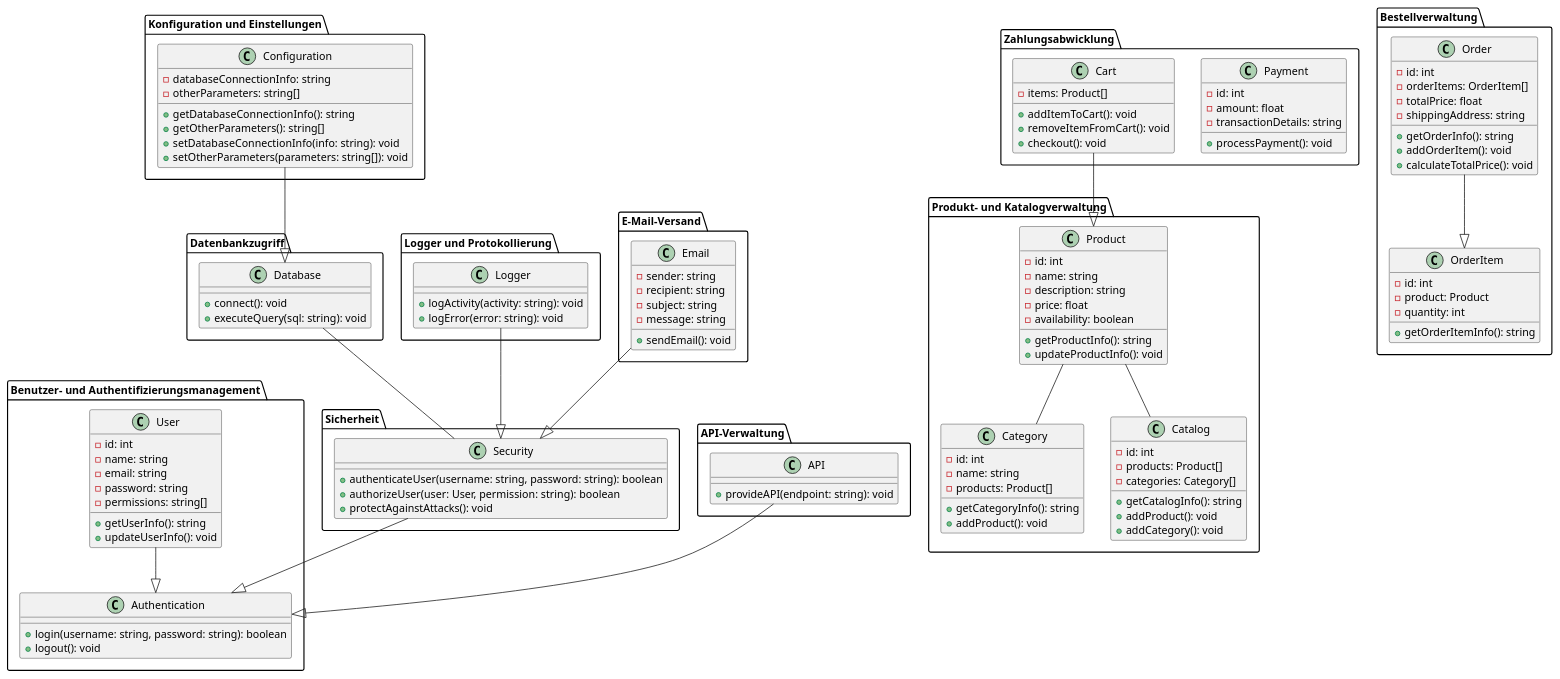
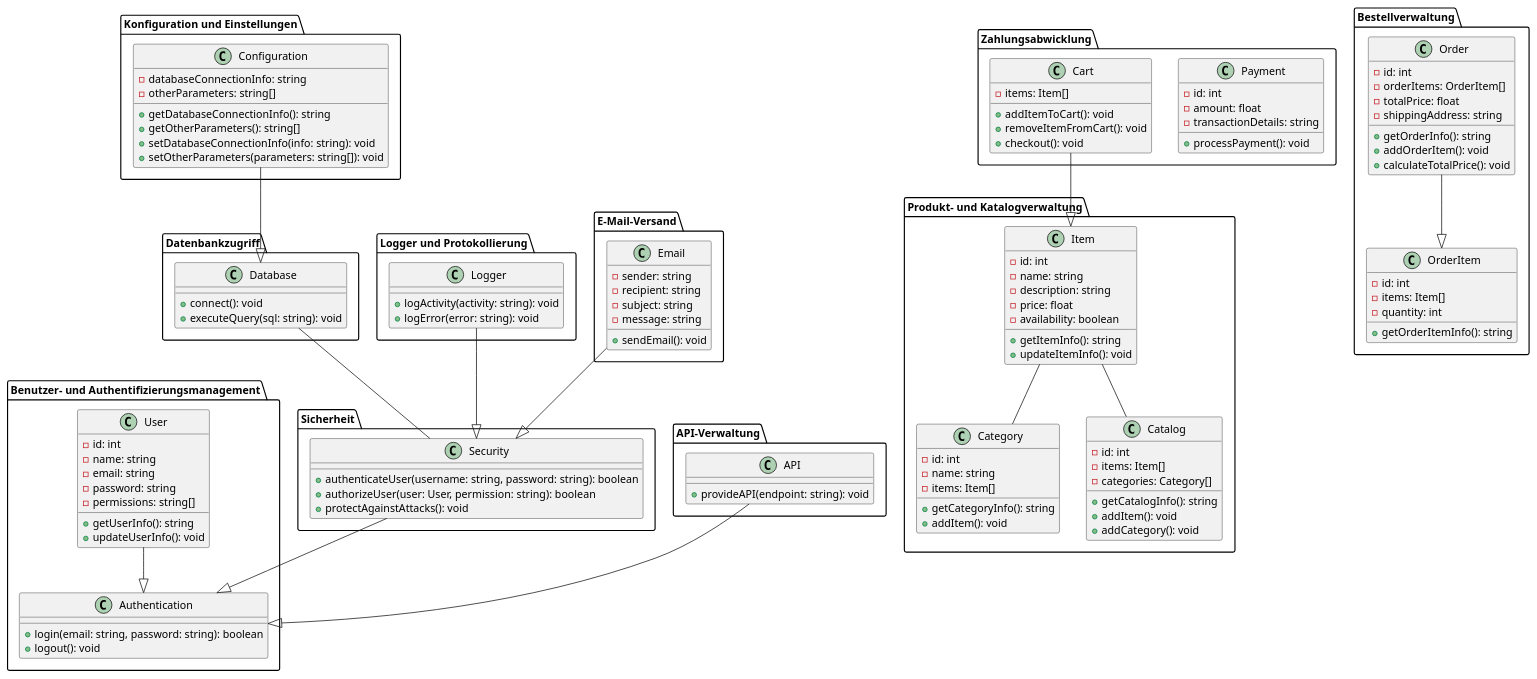
Before and after one commit to mischas114/e-commerce-backend: the diagram in .extras/doc/entwicklerhandbuch/Hauptkomponenten.pu, drawn with PlantUML. The commit also changed 12 other files, not shown here.

```diff
--- a/.extras/doc/entwicklerhandbuch/Hauptkomponenten.pu
+++ b/.extras/doc/entwicklerhandbuch/Hauptkomponenten.pu
@@ -1,140 +1,142 @@
 @startuml Hauptkomponenten
 
 package "Benutzer- und Authentifizierungsmanagement" {
   class User {
     -id: int
     -name: string
     -email: string
     -password: string
     -permissions: string[]
     +getUserInfo(): string
     +updateUserInfo(): void
   }
   class Authentication {
-    +login(username: string, password: string): boolean
+    +login(email: string, password: string): boolean
     +logout(): void
   }
 }
 
+
+
 package "Produkt- und Katalogverwaltung" {
-  class Product {
+  class Item {
     -id: int
     -name: string
     -description: string
     -price: float
     -availability: boolean
-    +getProductInfo(): string
-    +updateProductInfo(): void
+    +getItemInfo(): string
+    +updateItemInfo(): void
   }
   class Category {
     -id: int
     -name: string
-    -products: Product[]
+    -items: Item[]
     +getCategoryInfo(): string
-    +addProduct(): void
+    +addItem(): void
   }
   class Catalog {
     -id: int
-    -products: Product[]
+    -items: Item[]
     -categories: Category[]
     +getCatalogInfo(): string
-    +addProduct(): void
+    +addItem(): void
     +addCategory(): void
   }
 }
 
 package "Bestellverwaltung" {
   class Order {
     -id: int
     -orderItems: OrderItem[]
     -totalPrice: float
     -shippingAddress: string
     +getOrderInfo(): string
     +addOrderItem(): void
     +calculateTotalPrice(): void
   }
   class OrderItem {
     -id: int
-    -product: Product
+    -items: Item[]
     -quantity: int
     +getOrderItemInfo(): string
   }
 }
 
 package "Zahlungsabwicklung" {
   class Payment {
     -id: int
     -amount: float
     -transactionDetails: string
     +processPayment(): void
   }
   class Cart {
-    -items: Product[]
+    -items: Item[]
     +addItemToCart(): void
     +removeItemFromCart(): void
     +checkout(): void
   }
 }
 
 package "Datenbankzugriff" {
   class Database {
     +connect(): void
     +executeQuery(sql: string): void
   }
 }
 
 package "Sicherheit" {
   class Security {
     +authenticateUser(username: string, password: string): boolean
     +authorizeUser(user: User, permission: string): boolean
     +protectAgainstAttacks(): void
   }
 }
 
 package "API-Verwaltung" {
   class API {
     +provideAPI(endpoint: string): void
   }
 }
 
 package "Konfiguration und Einstellungen" {
   class Configuration {
     -databaseConnectionInfo: string
     -otherParameters: string[]
     +getDatabaseConnectionInfo(): string
     +getOtherParameters(): string[]
     +setDatabaseConnectionInfo(info: string): void
     +setOtherParameters(parameters: string[]): void
   }
 }
 
 package "Logger und Protokollierung" {
   class Logger {
     +logActivity(activity: string): void
     +logError(error: string): void
   }
 }
 
 package "E-Mail-Versand" {
   class Email {
     -sender: string
     -recipient: string
     -subject: string
     -message: string
     +sendEmail(): void
   }
 }
 
 User --|> Authentication
-Product -- Category
-Product -- Catalog
+Item -- Category
+Item -- Catalog
 Order --|> OrderItem
-Cart --|> Product
+Cart --|> Item
 Security --|> Authentication
 Database -- Security
 API --|> Authentication
 Configuration --|> Database
 Logger --|> Security
 Email --|> Security
 
 @enduml
```
